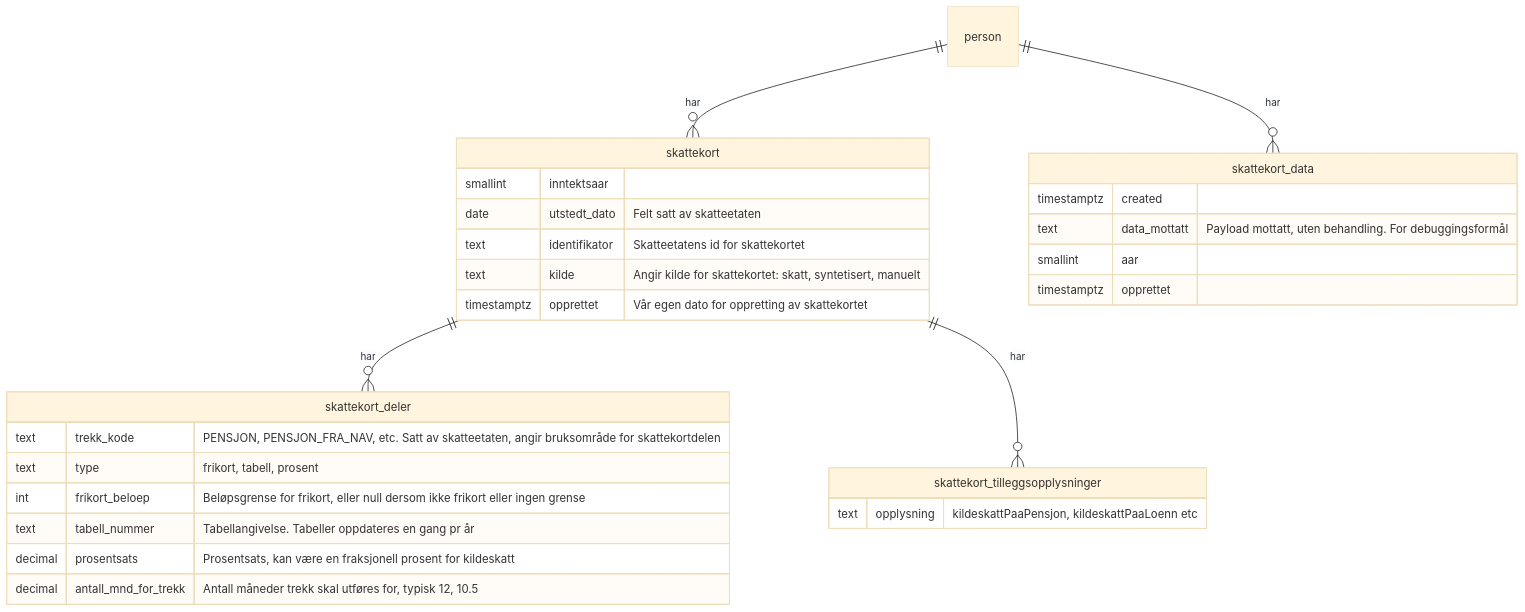
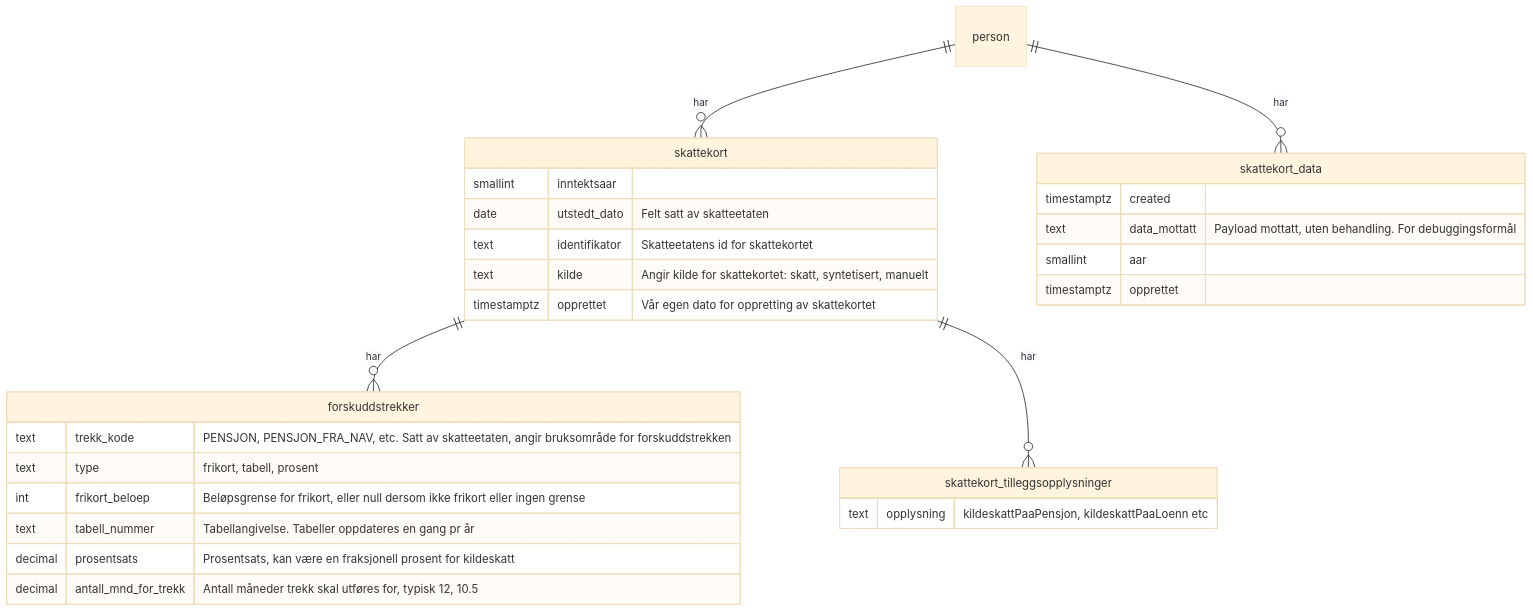
Before and after one commit to navikt/sokos-skattekort: diagram 12 of 12 in README.md, drawn with Mermaid (base theme). The commit also changed 5 other files, not shown here.

````diff
--- a/README.md
+++ b/README.md
@@ -336,32 +336,32 @@
 ```mermaid
 erDiagram
     person ||--o{ skattekort: har
     person ||--o{ skattekort_data: har
-    skattekort ||--o{ skattekort_deler: har
+    skattekort ||--o{ forskuddstrekker: har
     skattekort ||--o{ skattekort_tilleggsopplysninger: har
     skattekort {
         smallint inntektsaar
         date utstedt_dato "Felt satt av skatteetaten"
         text identifikator "Skatteetatens id for skattekortet"
         text kilde "Angir kilde for skattekortet: skatt, syntetisert, manuelt"
         timestamptz opprettet "Vår egen dato for oppretting av skattekortet"
     }
-    skattekort_deler {
-        text trekk_kode "PENSJON, PENSJON_FRA_NAV, etc. Satt av skatteetaten, angir bruksområde for skattekortdelen"
+    forskuddstrekker {
+        text trekk_kode "PENSJON, PENSJON_FRA_NAV, etc. Satt av skatteetaten, angir bruksområde for forskuddstrekken"
         text type "frikort, tabell, prosent"
         int frikort_beloep "Beløpsgrense for frikort, eller null dersom ikke frikort eller ingen grense"
         text tabell_nummer "Tabellangivelse. Tabeller oppdateres en gang pr år"
         decimal prosentsats "Prosentsats, kan være en fraksjonell prosent for kildeskatt"
         decimal antall_mnd_for_trekk "Antall måneder trekk skal utføres for, typisk 12, 10.5"
     }
     skattekort_tilleggsopplysninger {
         text opplysning "kildeskattPaaPensjon, kildeskattPaaLoenn etc"
     }
     skattekort_data {
         timestamptz created
         text data_mottatt "Payload mottatt, uten behandling. For debuggingsformål"
         smallint aar
         timestamptz opprettet
     }
 
 ```
````
